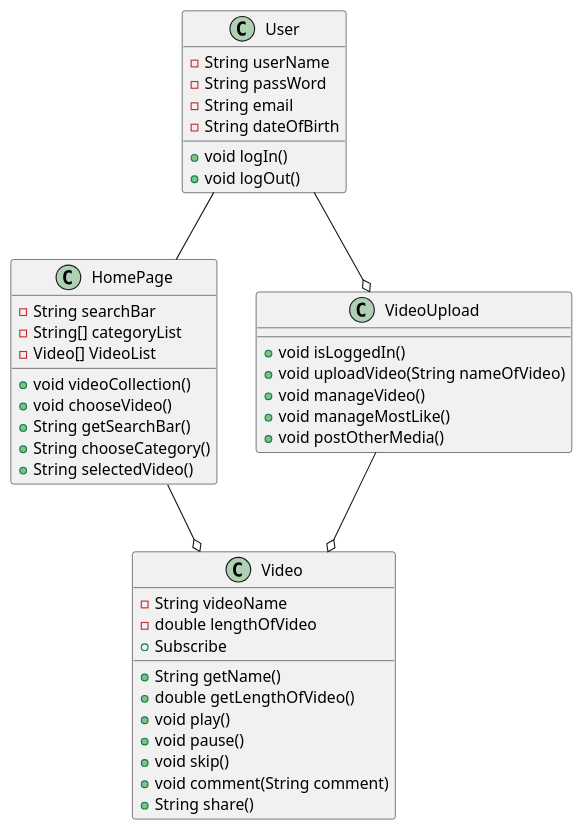
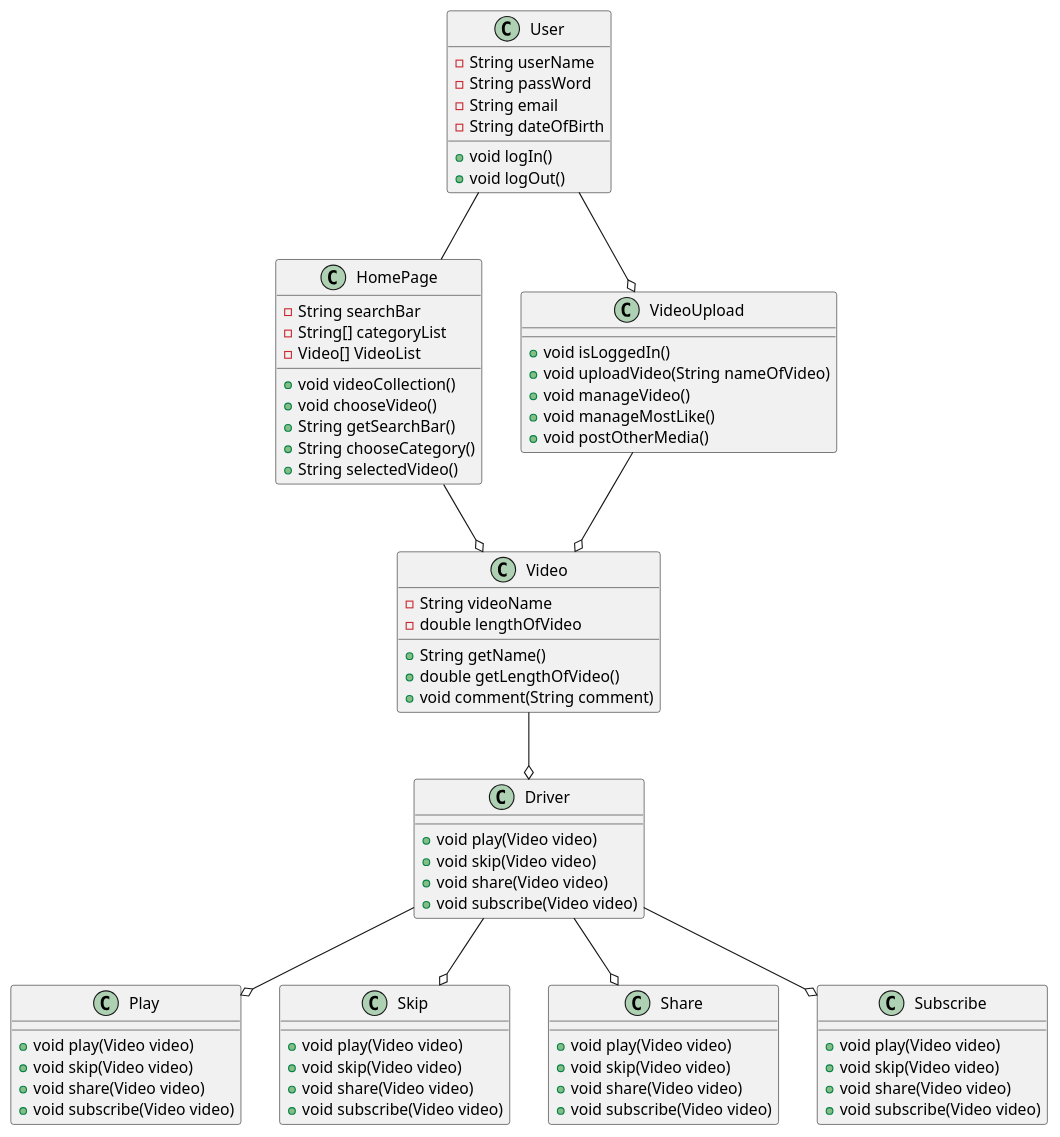
One commit to HsiehGrace/CS5800_Quiz3 changed the diagram in Youtube_ClassDiagram.puml. Above: the diagram before and after it, drawn with PlantUML.

Commit message:
fixed the class diagram to be more accurate

```diff
--- a/Youtube_ClassDiagram.puml
+++ b/Youtube_ClassDiagram.puml
@@ -1,50 +1,86 @@
 @startuml
 
 class User{
     -String userName
     -String passWord
     -String email
     -String dateOfBirth
     +void logIn()
     +void logOut()
 }
 
 class HomePage{
     -String searchBar
     -String[] categoryList
     -Video[] VideoList
     +void videoCollection()
     +void chooseVideo()
     +String getSearchBar()
     +String chooseCategory()
     +String selectedVideo()
 }
 
 class VideoUpload{
     +void isLoggedIn()
     +void uploadVideo(String nameOfVideo)
     +void manageVideo()
     +void manageMostLike()
     +void postOtherMedia()
 }
 
 class Video{
     -String videoName
     -double lengthOfVideo
     +String getName()
     +double getLengthOfVideo()
-    +void play()
-    +void pause()
-    +void skip()
     +void comment(String comment)
-    +String share()
-    +Subscribe
 }
+
+
+class Driver{
+    +void play(Video video)
+    +void skip(Video video)
+    +void share(Video video)
+    +void subscribe(Video video)
+}
+
+class Play{
+    +void play(Video video)
+    +void skip(Video video)
+    +void share(Video video)
+    +void subscribe(Video video)
+}
+
+class Skip{
+    +void play(Video video)
+    +void skip(Video video)
+    +void share(Video video)
+    +void subscribe(Video video)
+}
+
+class Share{
+    +void play(Video video)
+    +void skip(Video video)
+    +void share(Video video)
+    +void subscribe(Video video)
+}
+class Subscribe{
+    +void play(Video video)
+    +void skip(Video video)
+    +void share(Video video)
+    +void subscribe(Video video)
+}
+Driver --o Play
+Driver --o Skip
+Driver --o Share
+Driver --o Subscribe
+
+Video --o Driver
 
 VideoUpload --o Video
 HomePage --o Video
 
 User --o VideoUpload
 User -- HomePage
 
 @enduml
```
